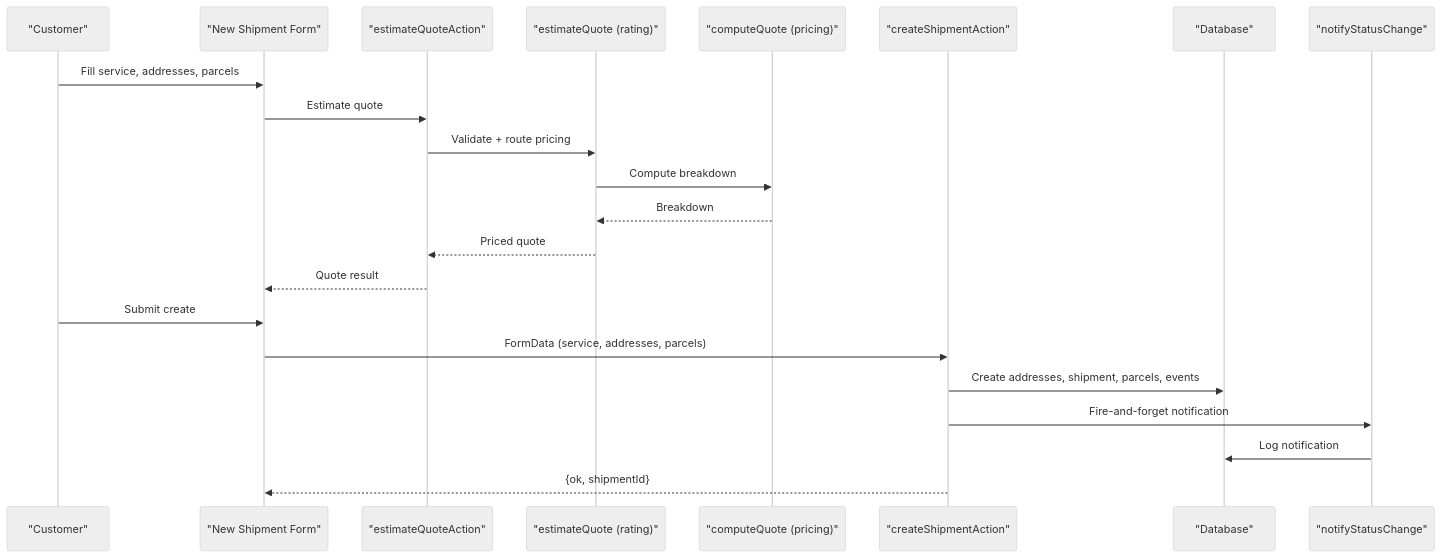
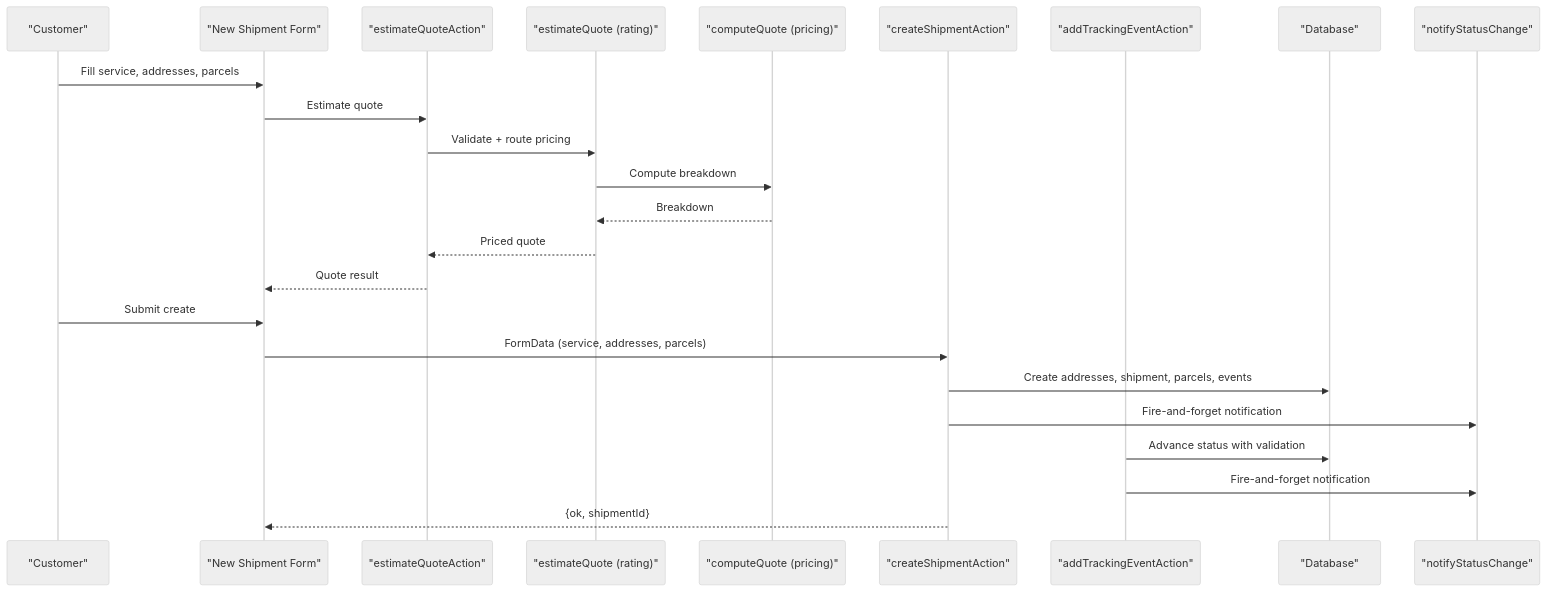
The second of 11 diagrams in .qoder/repowiki/en/content/Shipment Management/Shipment Management.md (gyamposudodzi/Timberland), drawn with Mermaid (neutral theme) before and after one commit. The commit also changed other lines of this file and 87 other files, not shown here.

````diff
--- a/.qoder/repowiki/en/content/Shipment Management/Shipment Management.md
+++ b/.qoder/repowiki/en/content/Shipment Management/Shipment Management.md
@@ -124,24 +142,26 @@
 ```mermaid
 sequenceDiagram
 participant User as "Customer"
 participant UI as "New Shipment Form"
 participant QA as "estimateQuoteAction"
 participant R as "estimateQuote (rating)"
 participant P as "computeQuote (pricing)"
 participant CA as "createShipmentAction"
+participant OPS as "addTrackingEventAction"
 participant DB as "Database"
 participant N as "notifyStatusChange"
 User->>UI : Fill service, addresses, parcels
 UI->>QA : Estimate quote
 QA->>R : Validate + route pricing
 R->>P : Compute breakdown
 P-->>R : Breakdown
 R-->>QA : Priced quote
 QA-->>UI : Quote result
 User->>UI : Submit create
 UI->>CA : FormData (service, addresses, parcels)
 CA->>DB : Create addresses, shipment, parcels, events
 CA->>N : Fire-and-forget notification
-N->>DB : Log notification
+OPS->>DB : Advance status with validation
+OPS->>N : Fire-and-forget notification
 CA-->>UI : {ok, shipmentId}
 ```
````
